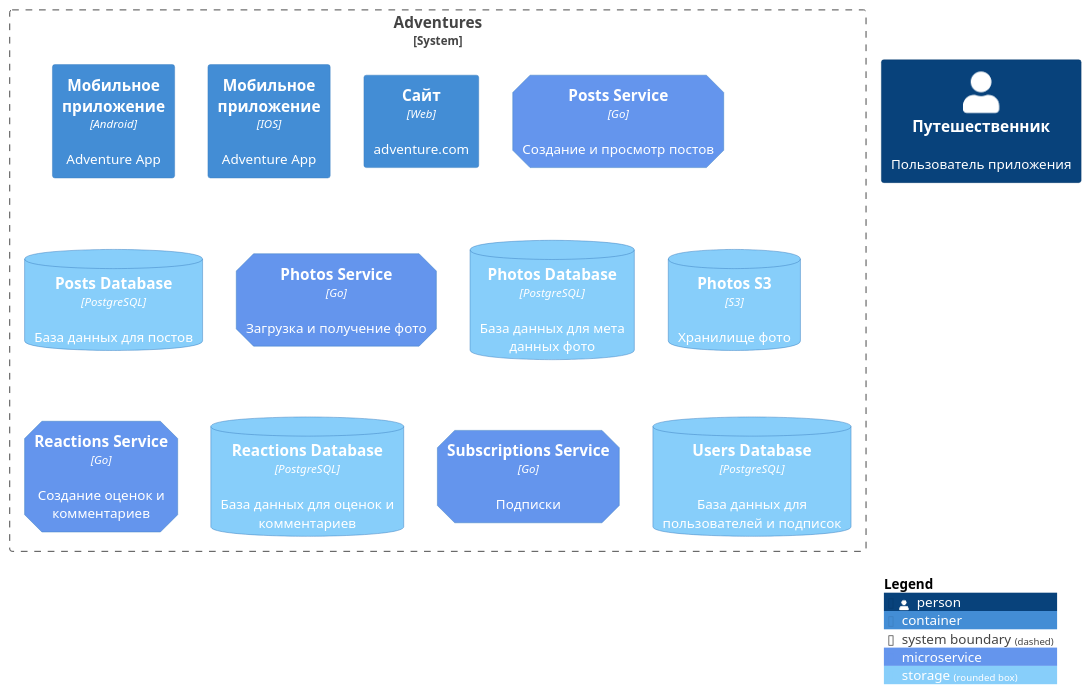
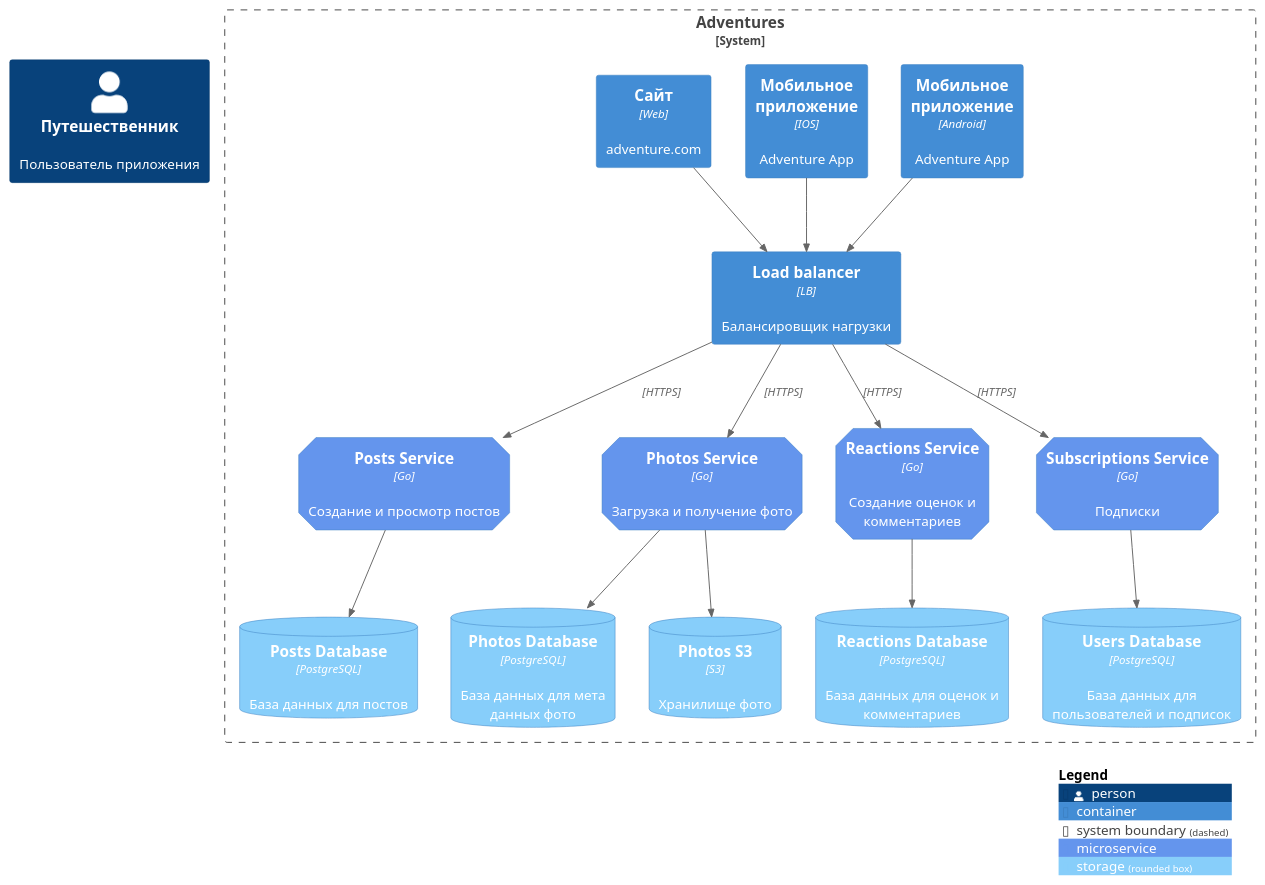
The diagram in architecture/containers.md (elizavetamikhailova/social_network_system_design), drawn with PlantUML before and after one commit.

```diff
--- a/architecture/containers.md
+++ b/architecture/containers.md
@@ -1,30 +1,48 @@
 @startuml
 !include https://raw.githubusercontent.com/plantuml-stdlib/C4-PlantUML/master/C4_Container.puml
 
 AddElementTag("microService", $shape=EightSidedShape(), $bgColor="CornflowerBlue", $fontColor="white", $legendText="microservice")
 AddElementTag("storage", $shape=RoundedBoxShape(), $bgColor="lightSkyBlue", $fontColor="white")
 
 Person(user, "Путешественник", "Пользователь приложения")
 
 System_Boundary(c, "Adventures") {
    Container(appAndroid, "Мобильное приложение", "Android", "Adventure App")
    Container(appIOS, "Мобильное приложение", "IOS", "Adventure App")
    Container(web, "Сайт", "Web", "adventure.com")
+   Container(loadBalancer, "Load balancer", "LB", "Балансировщик нагрузки")
 
    Container(posts, "Posts Service", "Go", "Создание и просмотр постов", $tags = "microService")      
    ContainerDb(posts_db, "Posts Database", "PostgreSQL", "База данных для постов", $tags = "storage")      
 
    Container(photos, "Photos Service", "Go", "Загрузка и получение фото", $tags = "microService")      
    ContainerDb(photos_db, "Photos Database", "PostgreSQL", "База данных для мета данных фото", $tags = "storage")
    ContainerDb(photos_storage, "Photos S3", "S3", "Хранилище фото", $tags = "storage")      
    
    Container(reactions, "Reactions Service", "Go", "Создание оценок и комментариев", $tags = "microService")      
    ContainerDb(reactions_db, "Reactions Database", "PostgreSQL", "База данных для оценок и комментариев", $tags = "storage") 
    
    Container(subscriptions, "Subscriptions Service", "Go", "Подписки", $tags = "microService")      
    ContainerDb(users_db, "Users Database", "PostgreSQL", "База данных для пользователей и подписок", $tags = "storage")
 }
 
+Rel(appAndroid, loadBalancer, "", "")
+Rel(appIOS, loadBalancer, "", "")
+Rel(web, loadBalancer, "", "")
+
+Rel(loadBalancer, posts, "", "HTTPS")
+Rel(posts, posts_db, "", "")
+
+Rel(loadBalancer, photos, "", "HTTPS")
+Rel(photos, photos_db, "", "")
+Rel(photos, photos_storage, "", "")
+
+Rel(loadBalancer, reactions, "", "HTTPS")
+Rel(reactions, reactions_db, "", "")
+
+Rel(loadBalancer, subscriptions, "", "HTTPS")
+Rel(subscriptions, users_db, "", "")
+
 
 SHOW_LEGEND()
 @enduml
```
